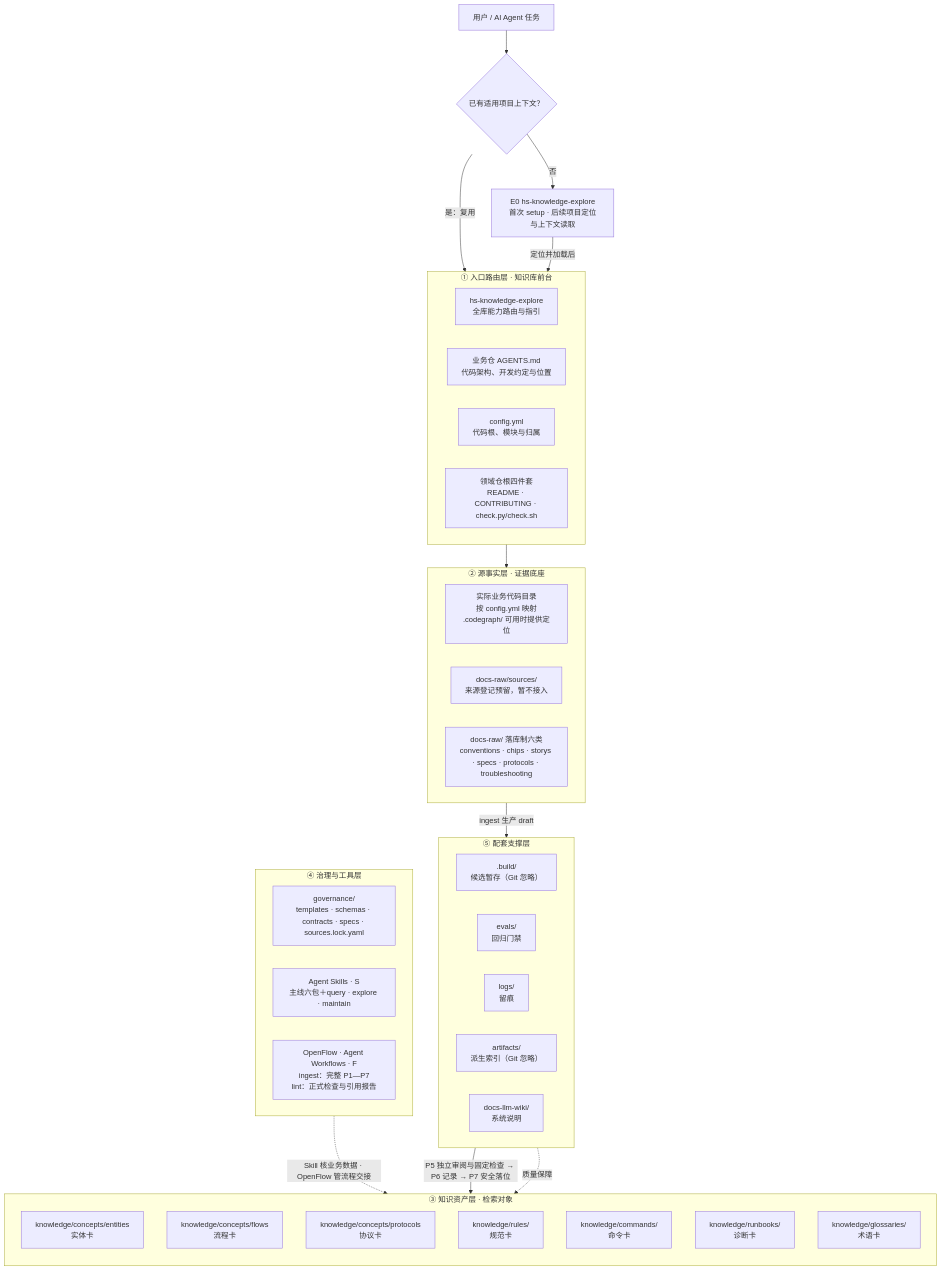
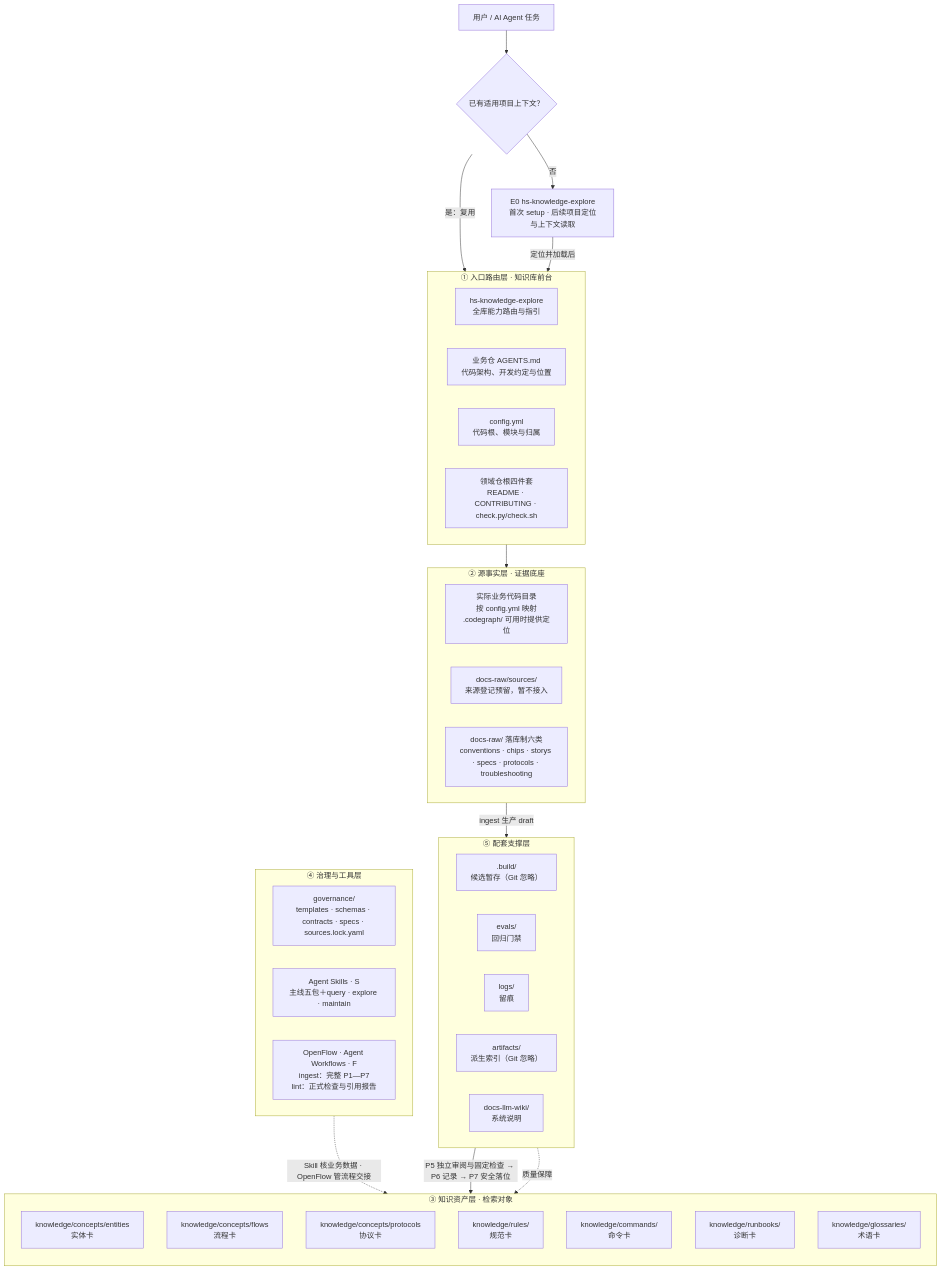
Before and after one commit to Robin-hhc/FactumCore: the first of 9 diagrams in himate-knowledge-wifi-mp/docs-llm-wiki/HiMate知识库架构设计.md, drawn with Mermaid. The commit also changed other lines of this file and 112 other files, not shown here.

````diff
--- a/himate-knowledge-wifi-mp/docs-llm-wiki/HiMate知识库架构设计.md
+++ b/himate-knowledge-wifi-mp/docs-llm-wiki/HiMate知识库架构设计.md
@@ -123,58 +122,58 @@
 ```mermaid
 flowchart TB
     U["用户 / AI Agent 任务"]
     C0{"已有适用项目上下文？"}
     E0["E0 hs-knowledge-explore<br />首次 setup · 后续项目定位与上下文读取"]
 
     subgraph S1["① 入口路由层 · 知识库前台"]
         direction LR
         A1["hs-knowledge-explore<br />全库能力路由与指引"]
         A2["业务仓 AGENTS.md<br />代码架构、开发约定与位置"]
         A3["config.yml<br />代码根、模块与归属"]
         A4["领域仓根四件套<br />README · CONTRIBUTING · check.py/check.sh"]
     end
 
     subgraph S2["② 源事实层 · 证据底座"]
         direction LR
         B1["实际业务代码目录<br />按 config.yml 映射<br />.codegraph/ 可用时提供定位"]
         B2["docs-raw/sources/<br />来源登记预留，暂不接入"]
         B3["docs-raw/ 落库制六类<br />conventions · chips · storys · specs · protocols · troubleshooting"]
     end
 
     subgraph S3["③ 知识资产层 · 检索对象"]
         direction TB
         C1["knowledge/concepts/entities<br />实体卡"]
         C2["knowledge/concepts/flows<br />流程卡"]
         C3["knowledge/concepts/protocols<br />协议卡"]
         C4["knowledge/rules/<br />规范卡"]
         C5["knowledge/commands/<br />命令卡"]
         C6["knowledge/runbooks/<br />诊断卡"]
         C7["knowledge/glossaries/<br />术语卡"]
     end
 
     subgraph S4["④ 治理与工具层"]
         direction LR
         D1["governance/<br />templates · schemas · contracts · specs · sources.lock.yaml"]
-        D2["Agent Skills · S<br />主线六包＋query · explore · maintain"]
+        D2["Agent Skills · S<br />主线五包＋query · explore · maintain"]
         D3["OpenFlow · Agent Workflows · F<br />ingest：完整 P1—P7<br />lint：正式检查与引用报告"]
     end
 
     subgraph S5["⑤ 配套支撑层"]
         direction LR
         E1[".build/<br />候选暂存（Git 忽略）"]
         E2["evals/<br />回归门禁"]
         E3["logs/<br />留痕"]
         E4["artifacts/<br />派生索引（Git 忽略）"]
         E5["docs-llm-wiki/<br />系统说明"]
     end
 
     U --> C0
     C0 -->|"是：复用"| S1
     C0 -->|"否"| E0
     E0 -->|"定位并加载后"| S1
     S1 --> S2
     S2 -->|"ingest 生产 draft"| E1
     E1 -->|"P5 独立审阅与固定检查 → P6 记录 → P7 安全落位"| S3
     S4 -.->|"Skill 核业务数据 · OpenFlow 管流程交接"| S3
     S5 -.->|"质量保障"| S3
 ```
````
